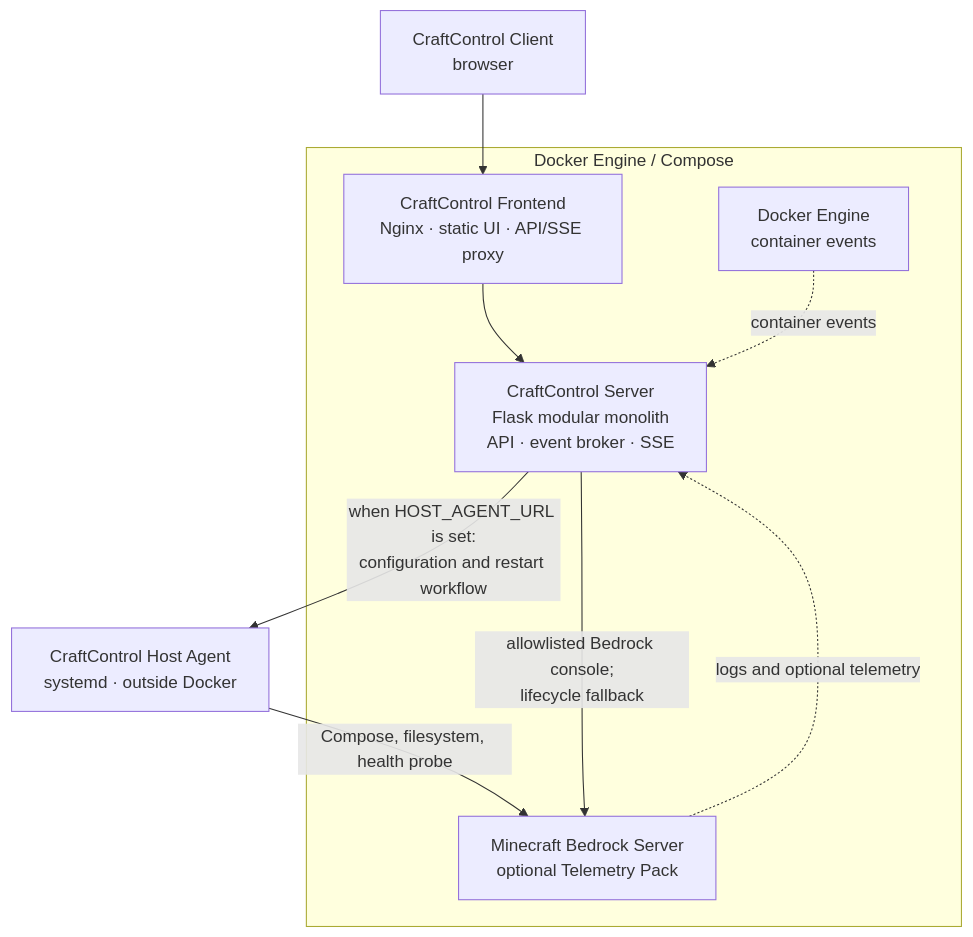
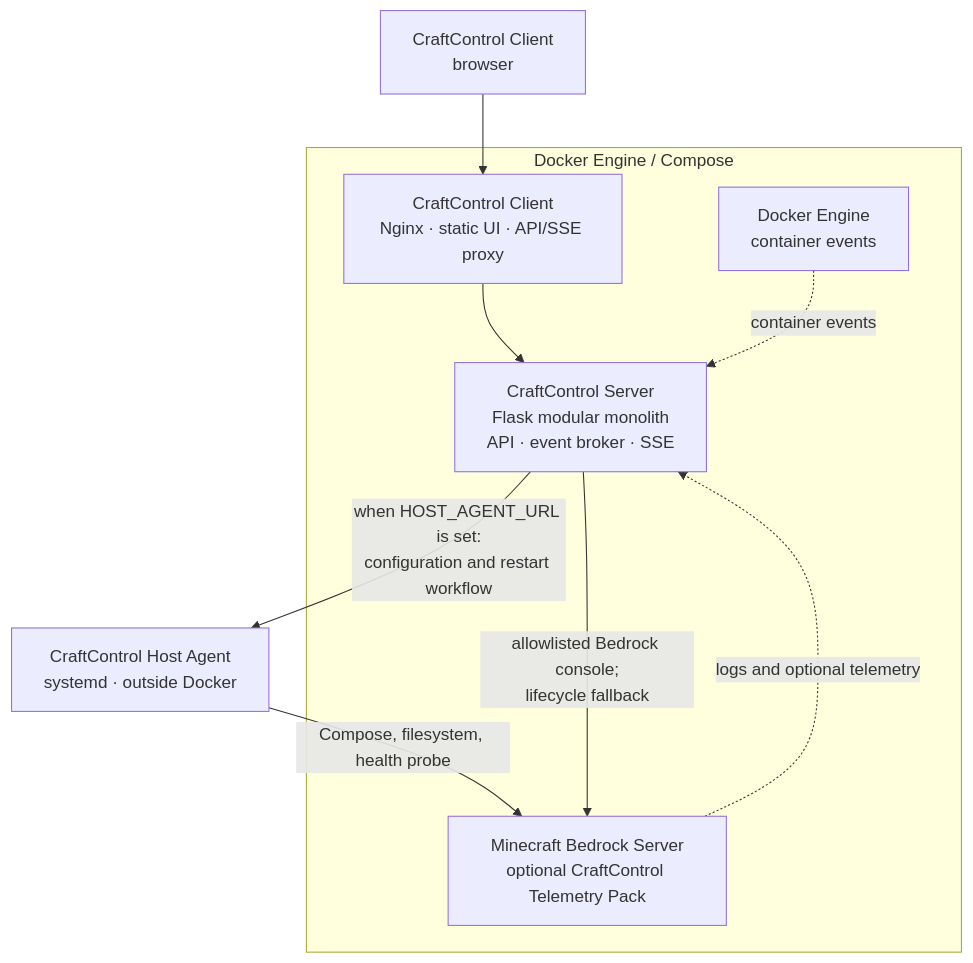
Before and after one commit to dgaramos/craftcontrol: the first of 5 diagrams in README.md, drawn with Mermaid. The commit also changed other lines of this file and 11 other files, not shown here.

Commit message:
docs(architecture): standardize runtime service names (#339)

````diff
--- a/README.md
+++ b/README.md
@@ -59,21 +59,21 @@
 ```mermaid
 flowchart TD
     client["CraftControl Client<br/>browser"]
 
     subgraph docker["Docker Engine / Compose"]
-        frontend["CraftControl Frontend<br/>Nginx · static UI · API/SSE proxy"]
+        frontend["CraftControl Client<br/>Nginx · static UI · API/SSE proxy"]
         server["CraftControl Server<br/>Flask modular monolith<br/>API · event broker · SSE"]
-        bedrock["Minecraft Bedrock Server<br/>optional Telemetry Pack"]
+        bedrock["Minecraft Bedrock Server<br/>optional CraftControl Telemetry Pack"]
         daemon["Docker Engine<br/>container events"]
         frontend --> server
     end
 
     agent["CraftControl Host Agent<br/>systemd · outside Docker"]
 
     client --> frontend
     server -->|"when HOST_AGENT_URL is set:<br/>configuration and restart workflow"| agent
     agent -->|"Compose, filesystem, health probe"| bedrock
     server -->|"allowlisted Bedrock console;<br/>lifecycle fallback"| bedrock
     bedrock -. "logs and optional telemetry" .-> server
     daemon -. "container events" .-> server
 ```
````
